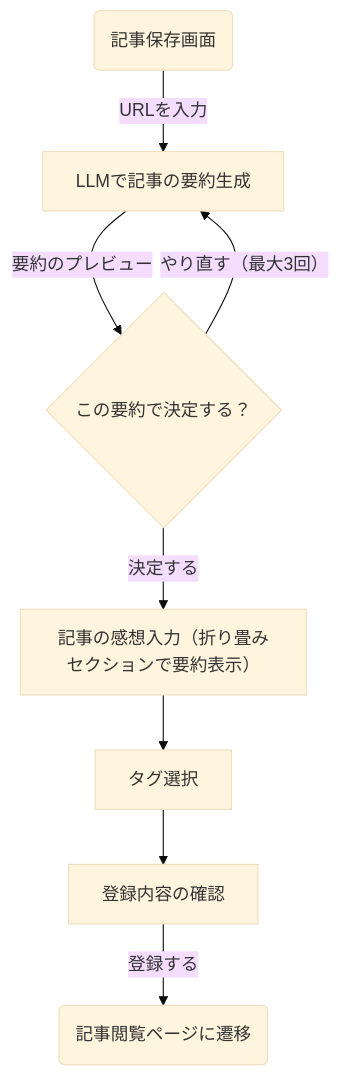
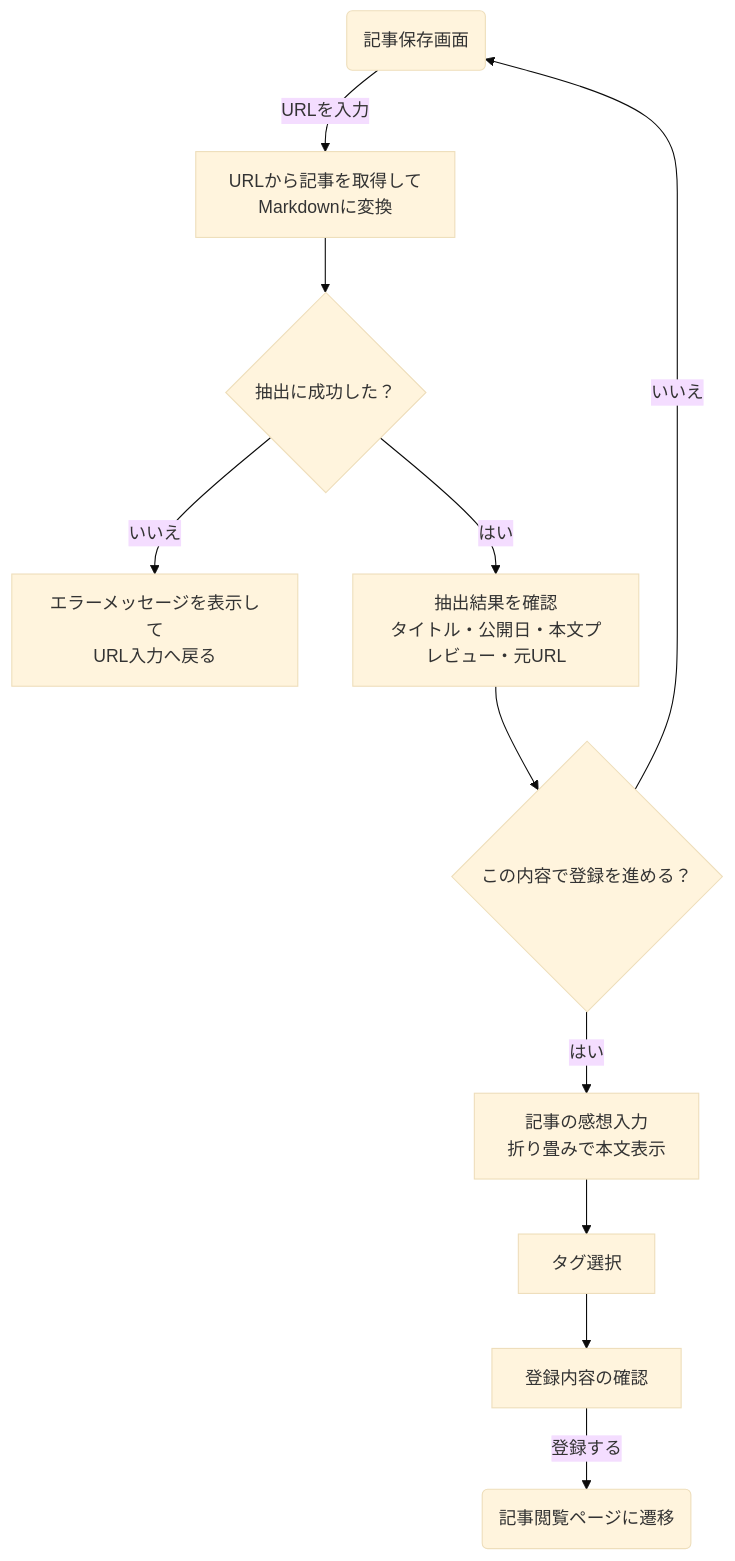
One commit to 2-yudetama/article-freezer changed the diagram in docs/registration_flowchart.md. Above: the diagram before and after it, drawn with Mermaid (base theme). The commit also changed 1 other file, not shown here.

Commit message:
📝 記事登録フローの修正 (#27)
- LLM関連の処理をなくし、MarkItDownを使った抽出に変更

````diff
--- a/docs/registration_flowchart.md
+++ b/docs/registration_flowchart.md
@@ -1,11 +1,13 @@
 ```mermaid
 flowchart TD
     A(記事保存画面) -->|URLを入力| B
-    B[LLMで記事の要約生成] -->|要約のプレビュー| C
-    C{この要約で決定する？} -->|決定する| D
-    C{この要約で決定する？} -->|やり直す（最大3回）| B
-    D[記事の感想入力（折り畳みセクションで要約表示）] --> E
-    E[タグ選択] --> F
-    F[登録内容の確認] -->|登録する| G
-    G(記事閲覧ページに遷移)
+    B[URLから記事を取得して<br />Markdownに変換] --> C{抽出に成功した？}
+    C -->|いいえ| D[エラーメッセージを表示して<br />URL入力へ戻る]
+    C -->|はい| E[抽出結果を確認<br />タイトル・公開日・本文プレビュー・元URL]
+    E --> F{この内容で登録を進める？}
+    F -->|いいえ| A
+    F -->|はい| G[記事の感想入力<br />折り畳みで本文表示]
+    G --> H[タグ選択]
+    H --> I[登録内容の確認]
+    I -->|登録する| J(記事閲覧ページに遷移)
 ```
````
